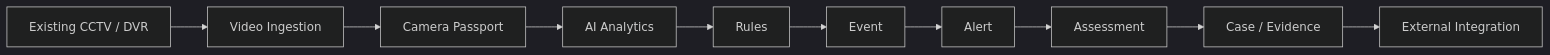
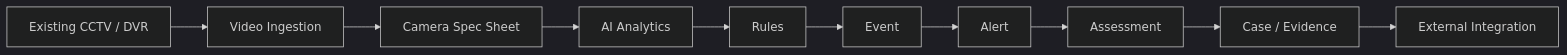
Before and after one commit to Sujatx/ibvap: the diagram in README.md, drawn with Mermaid (dark theme). The commit also changed other lines of this file and 9 other files, not shown here.

````diff
--- a/README.md
+++ b/README.md
@@ -108,12 +108,12 @@
 ```mermaid
 flowchart LR
     A[Existing CCTV / DVR] --> B[Video Ingestion]
-    B --> C[Camera Passport]
+    B --> C[Camera Spec Sheet]
     C --> D[AI Analytics]
     D --> E[Rules]
     E --> F[Event]
     F --> G[Alert]
     G --> H[Assessment]
     H --> I[Case / Evidence]
     I --> J[External Integration]
 ```
````
